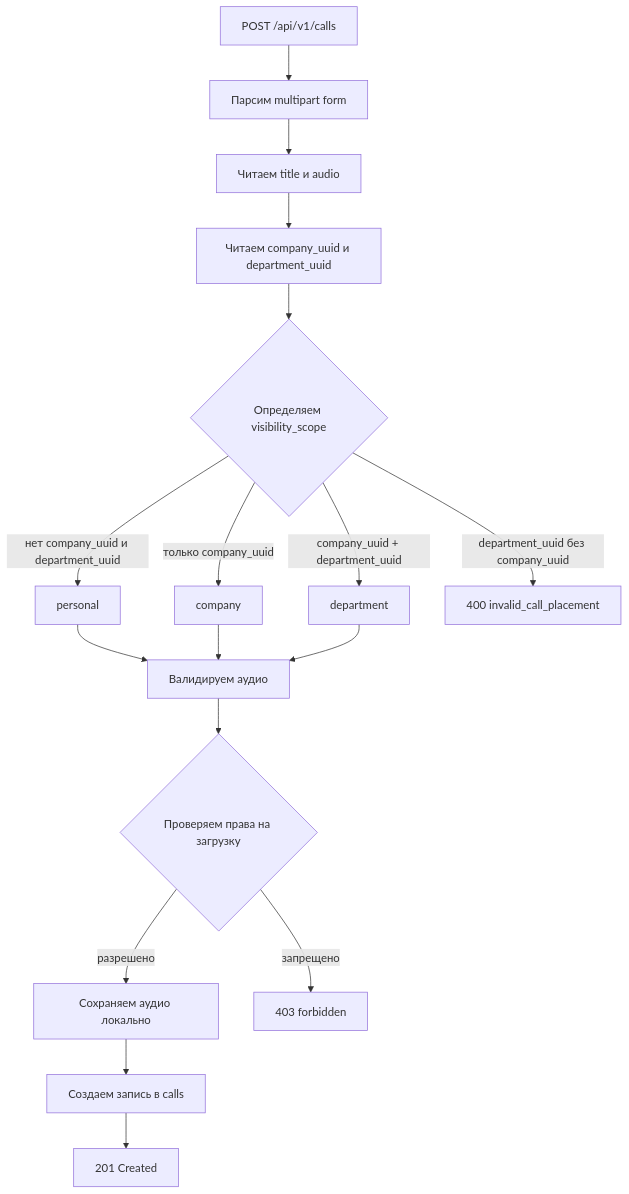
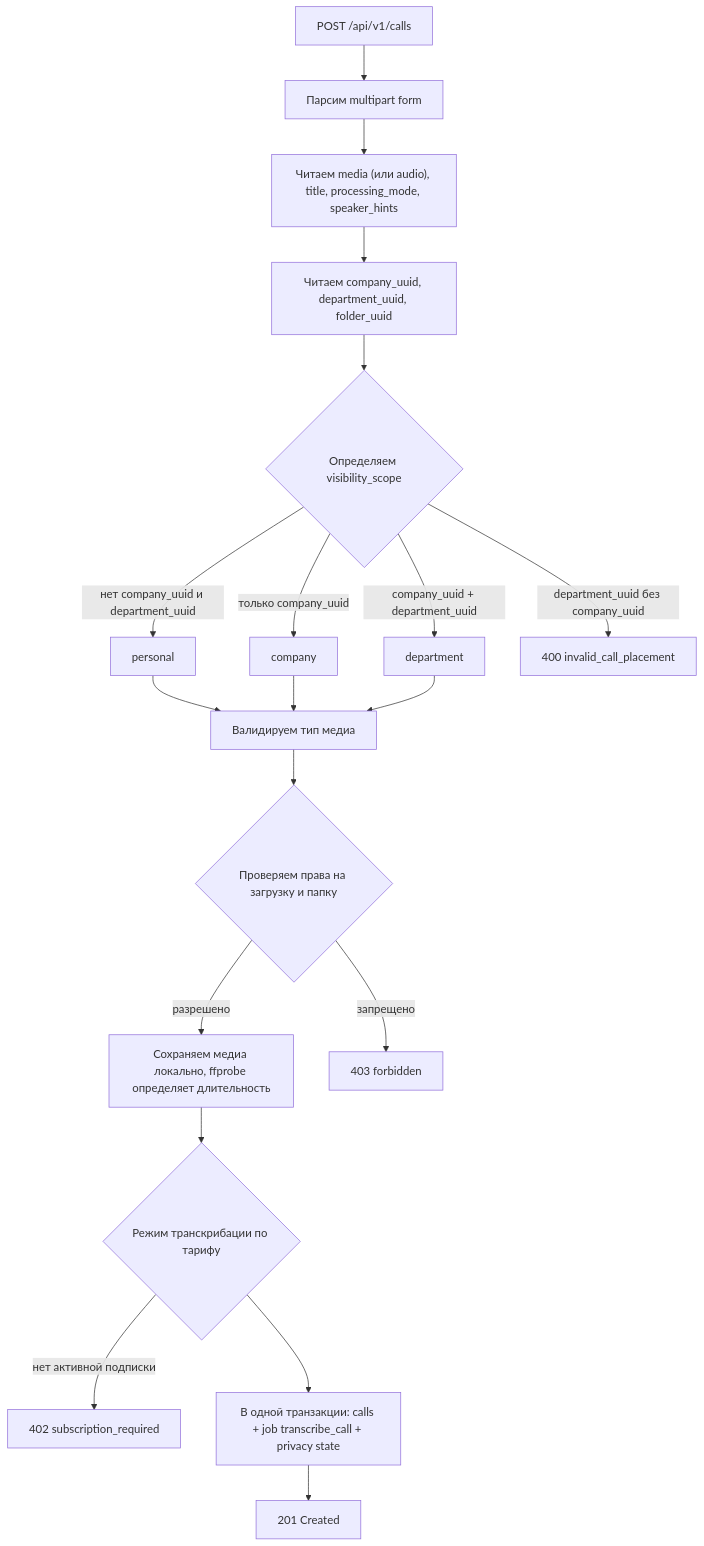
One commit to SHILOP0P/VerbaTrace-backend changed the second of 3 diagrams in README.md. Above: the diagram before and after it, drawn with Mermaid. The commit also changed other lines of this file, not shown here.

````diff
--- a/README.md
+++ b/README.md
@@ -217,22 +230,24 @@
 ```mermaid
 flowchart TD
     A["POST /api/v1/calls"] --> B["Парсим multipart form"]
-    B --> C["Читаем title и audio"]
-    C --> D["Читаем company_uuid и department_uuid"]
+    B --> C["Читаем media (или audio), title, processing_mode, speaker_hints"]
+    C --> D["Читаем company_uuid, department_uuid, folder_uuid"]
     D --> E{"Определяем visibility_scope"}
 
     E -->|"нет company_uuid и department_uuid"| P["personal"]
     E -->|"только company_uuid"| CO["company"]
     E -->|"company_uuid + department_uuid"| DE["department"]
     E -->|"department_uuid без company_uuid"| X["400 invalid_call_placement"]
 
-    P --> V["Валидируем аудио"]
+    P --> V["Валидируем тип медиа"]
     CO --> V
     DE --> V
 
-    V --> R{"Проверяем права на загрузку"}
-    R -->|"разрешено"| S["Сохраняем аудио локально"]
+    V --> R{"Проверяем права на загрузку и папку"}
+    R -->|"разрешено"| S["Сохраняем медиа локально, ffprobe определяет длительность"]
     R -->|"запрещено"| F["403 forbidden"]
-    S --> DB["Создаем запись в calls"]
+    S --> M{"Режим транскрибации по тарифу"}
+    M -->|"нет активной подписки"| NS["402 subscription_required"]
+    M --> DB["В одной транзакции: calls + job transcribe_call + privacy state"]
     DB --> OK["201 Created"]
 ```
````
